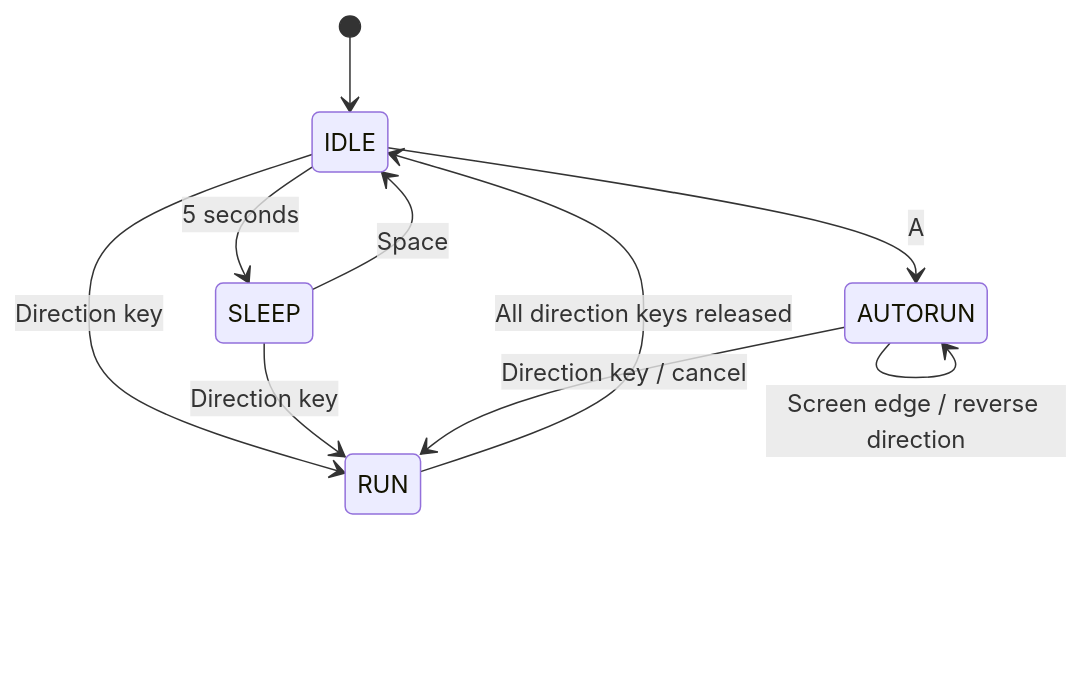
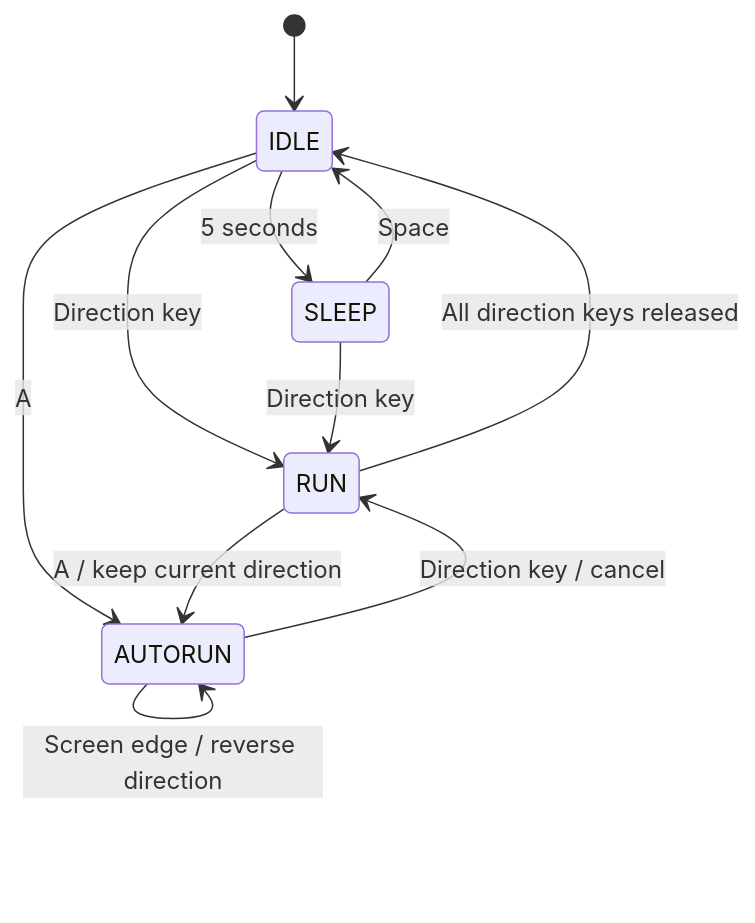
Before and after one commit to geugu6098-sketch/DRILL11: the diagram in README.md, drawn with Mermaid. The commit also changed other lines of this file, not shown here.

Commit message:
Document AutoRun entry from manual RUN

````diff
--- a/README.md
+++ b/README.md
@@ -17,12 +18,13 @@
 ```mermaid
 stateDiagram-v2
     [*] --> IDLE
     IDLE --> SLEEP: 5 seconds
     SLEEP --> IDLE: Space
     IDLE --> RUN: Direction key
     SLEEP --> RUN: Direction key
     RUN --> IDLE: All direction keys released
     IDLE --> AUTORUN: A
+    RUN --> AUTORUN: A / keep current direction
     AUTORUN --> AUTORUN: Screen edge / reverse direction
     AUTORUN --> RUN: Direction key / cancel
 ```
````
